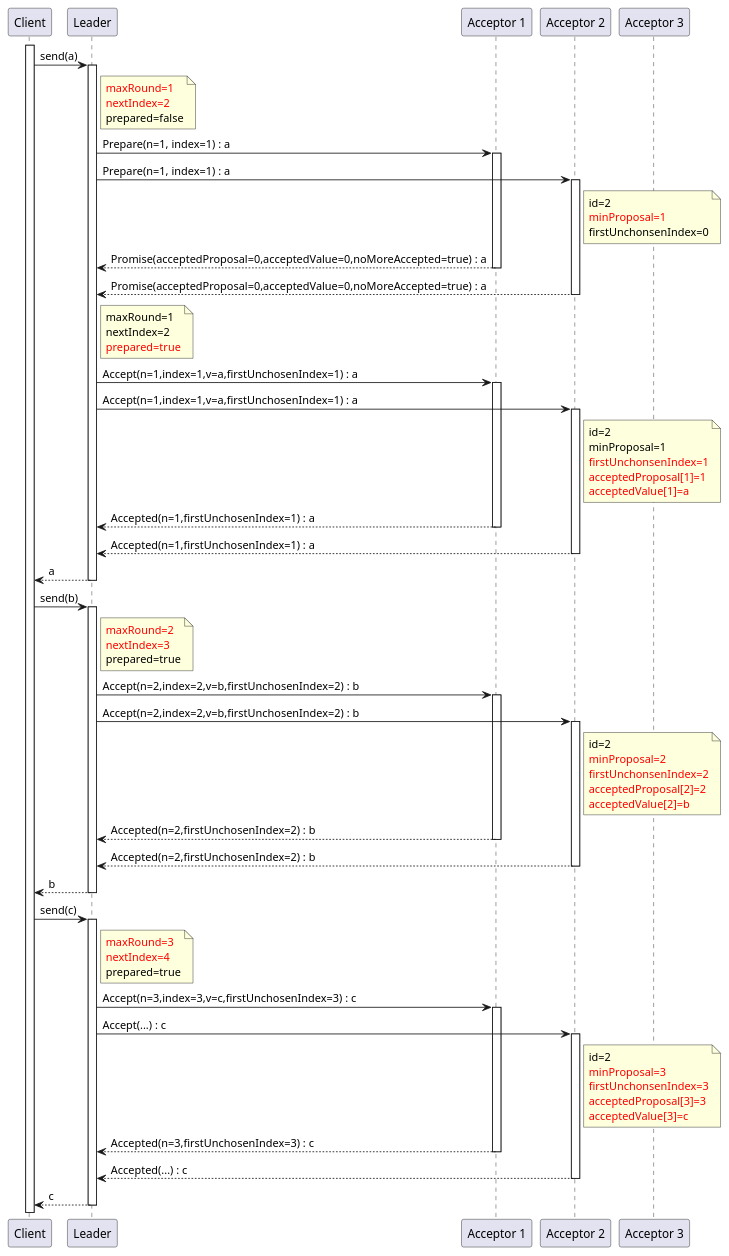
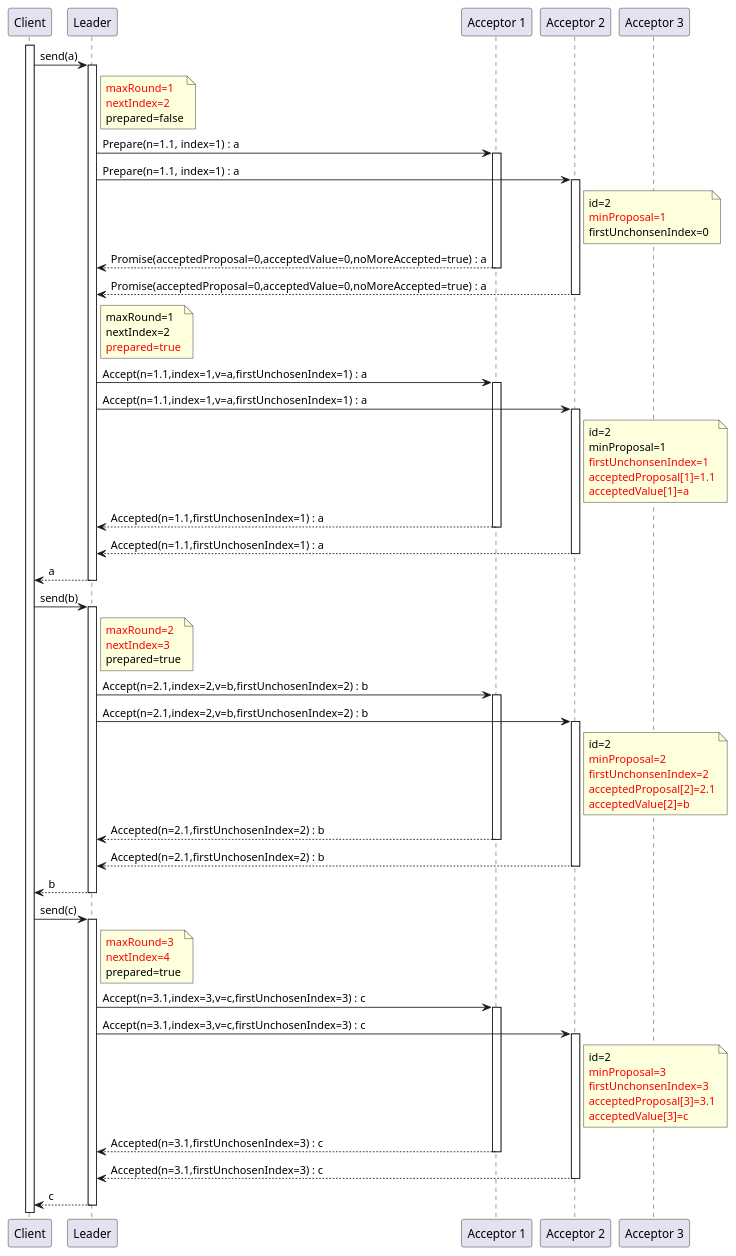
One commit to nocnob/notfound changed the first of 4 diagrams in src/pages/posts/distribution-paxos-multi.adoc. Above: the diagram before and after it, drawn with PlantUML. The commit also changed other lines of this file and 1 other file, not shown here.

```diff
--- a/src/pages/posts/distribution-paxos-multi.adoc
+++ b/src/pages/posts/distribution-paxos-multi.adoc
@@ -22,81 +24,96 @@
 
 activate c
 c -> l : send(a)
-note right l: <font color=red>maxRound=1\n<font color=red>nextIndex=2\nprepared=false
 activate l
-    l -> a1 : Prepare(n=1, index=1) : a
+note right l
+    <font color=red>maxRound=1
+    <font color=red>nextIndex=2
+    prepared=false
+end note
+    l -> a1 : Prepare(n=1.1, index=1) : a
     activate a1
-    l -> a2 : Prepare(n=1, index=1) : a
+    l -> a2 : Prepare(n=1.1, index=1) : a
     activate a2
     note right a2
         id=2
         <font color=red>minProposal=1
         firstUnchonsenIndex=0
     end note
+
     l <-- a1 : Promise(acceptedProposal=0,acceptedValue=0,noMoreAccepted=true) : a
     deactivate a1
     l <-- a2 : Promise(acceptedProposal=0,acceptedValue=0,noMoreAccepted=true) : a
     deactivate a2
-    note right l: maxRound=1\nnextIndex=2\n<font color=red>prepared=true
+    note right l
+        maxRound=1
+        nextIndex=2
+        <font color=red>prepared=true
+    end note
 
-    l -> a1 : Accept(n=1,index=1,v=a,firstUnchosenIndex=1) : a
+    l -> a1 : Accept(n=1.1,index=1,v=a,firstUnchosenIndex=1) : a
     activate a1
-    l -> a2 : Accept(n=1,index=1,v=a,firstUnchosenIndex=1) : a
+    l -> a2 : Accept(n=1.1,index=1,v=a,firstUnchosenIndex=1) : a
     activate a2
     note right a2
         id=2
         minProposal=1
         <font color=red>firstUnchonsenIndex=1
-        <font color=red>acceptedProposal[1]=1
+        <font color=red>acceptedProposal[1]=1.1
         <font color=red>acceptedValue[1]=a
     end note
-    l <-- a1 : Accepted(n=1,firstUnchosenIndex=1) : a
+    l <-- a1 : Accepted(n=1.1,firstUnchosenIndex=1) : a
     deactivate a1
-    l <-- a2 : Accepted(n=1,firstUnchosenIndex=1) : a
+    l <-- a2 : Accepted(n=1.1,firstUnchosenIndex=1) : a
     deactivate a2
 c <-- l : a
 deactivate l
 
 c -> l : send(b)
-note right l: <font color=red>maxRound=2\n<font color=red>nextIndex=3\nprepared=true
 activate l
-    l -> a1 : Accept(n=2,index=2,v=b,firstUnchosenIndex=2) : b
+note right l
+    <font color=red>maxRound=2
+    <font color=red>nextIndex=3
+    prepared=true
+end note
+    l -> a1 : Accept(n=2.1,index=2,v=b,firstUnchosenIndex=2) : b
     activate a1
-    l -> a2 : Accept(n=2,index=2,v=b,firstUnchosenIndex=2) : b
+    l -> a2 : Accept(n=2.1,index=2,v=b,firstUnchosenIndex=2) : b
     activate a2
     note right a2
         id=2
         <font color=red>minProposal=2
         <font color=red>firstUnchonsenIndex=2
-        <font color=red>acceptedProposal[2]=2
+        <font color=red>acceptedProposal[2]=2.1
         <font color=red>acceptedValue[2]=b
     end note
-    l <-- a1 : Accepted(n=2,firstUnchosenIndex=2) : b
+    l <-- a1 : Accepted(n=2.1,firstUnchosenIndex=2) : b
     deactivate a1
-    l <-- a2 : Accepted(n=2,firstUnchosenIndex=2) : b
+    l <-- a2 : Accepted(n=2.1,firstUnchosenIndex=2) : b
     deactivate a2
-
 c <-- l : b
 deactivate l
 
-
 c -> l : send(c)
-note right l: <font color=red>maxRound=3\n<font color=red>nextIndex=4\nprepared=true
 activate l
-    l -> a1 : Accept(n=3,index=3,v=c,firstUnchosenIndex=3) : c
+note right l
+    <font color=red>maxRound=3
+    <font color=red>nextIndex=4
+    prepared=true
+end note
+    l -> a1 : Accept(n=3.1,index=3,v=c,firstUnchosenIndex=3) : c
     activate a1
-    l -> a2 : Accept(...) : c
+    l -> a2 : Accept(n=3.1,index=3,v=c,firstUnchosenIndex=3) : c
     activate a2
     note right a2
         id=2
         <font color=red>minProposal=3
         <font color=red>firstUnchonsenIndex=3
-        <font color=red>acceptedProposal[3]=3
+        <font color=red>acceptedProposal[3]=3.1
         <font color=red>acceptedValue[3]=c
     end note
-    l <-- a1 : Accepted(n=3,firstUnchosenIndex=3) : c
+    l <-- a1 : Accepted(n=3.1,firstUnchosenIndex=3) : c
     deactivate a1
-    l <-- a2 : Accepted(...) : c
+    l <-- a2 : Accepted(n=3.1,firstUnchosenIndex=3) : c
     deactivate a2
 c <-- l : c
 deactivate l
```
